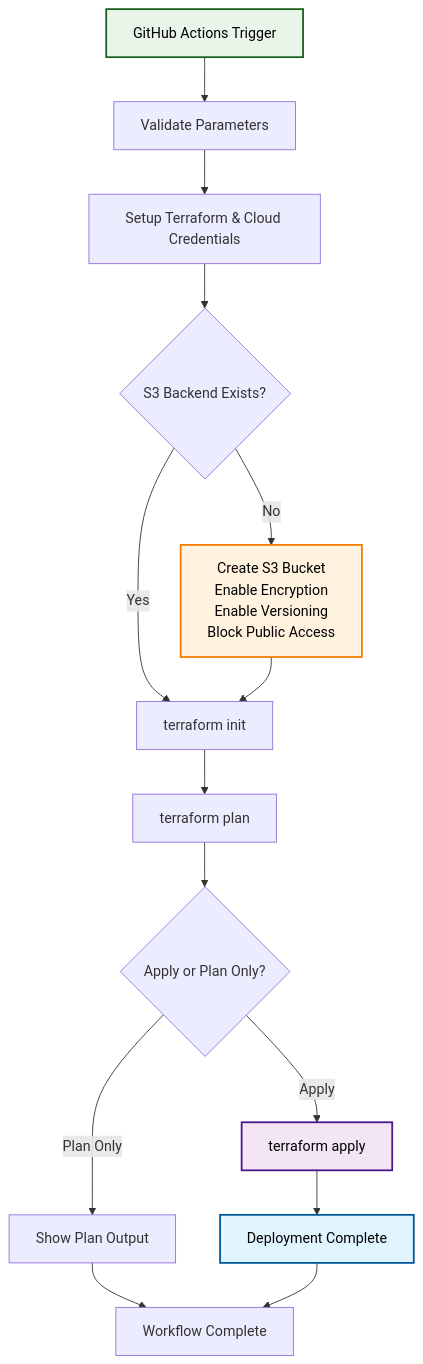
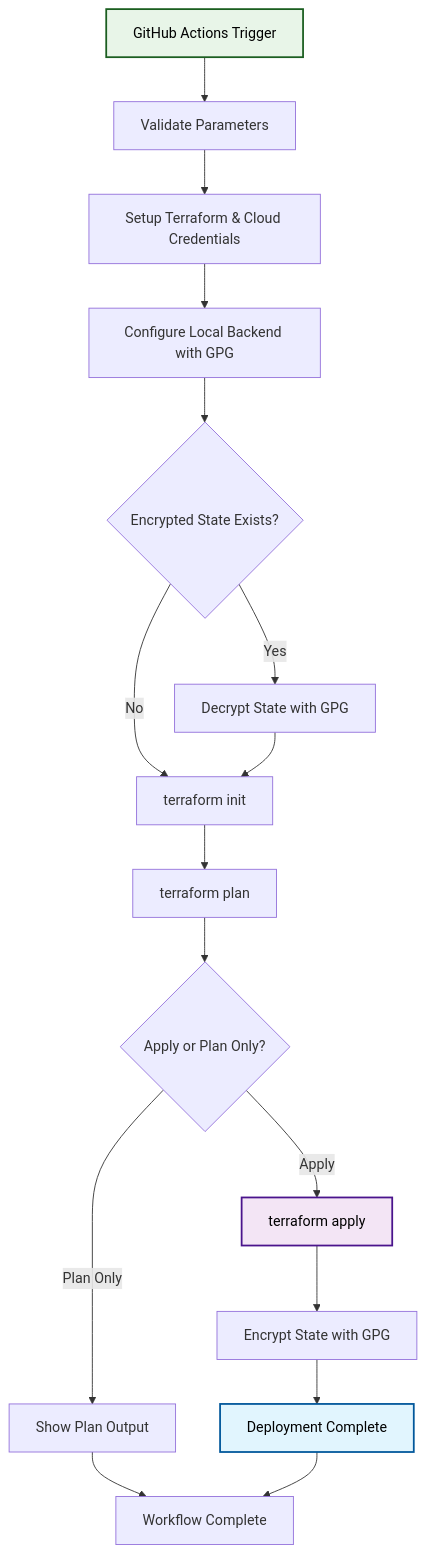
The second of 4 diagrams in .github/workflows/README.md (mosip/infra), drawn with Mermaid before and after one commit. The commit also changed other lines of this file and 18 other files, not shown here.

````diff
--- a/.github/workflows/README.md
+++ b/.github/workflows/README.md
@@ -88,25 +137,26 @@
 ```mermaid
 graph TD
     START[GitHub Actions Trigger] --> VALIDATE[Validate Parameters]
     VALIDATE --> SETUP[Setup Terraform & Cloud Credentials]
-    SETUP --> S3CHECK{S3 Backend Exists?}
+    SETUP --> BACKEND[Configure Local Backend with GPG]
     
-    S3CHECK -->|No| CREATES3[Create S3 Bucket<br/>Enable Encryption<br/>Enable Versioning<br/>Block Public Access]
-    S3CHECK -->|Yes| INIT[terraform init]
-    CREATES3 --> INIT
+    BACKEND --> DECRYPT{Encrypted State Exists?}
+    DECRYPT -->|Yes| DECRYPTSTATE[Decrypt State with GPG]
+    DECRYPT -->|No| INIT[terraform init]
+    DECRYPTSTATE --> INIT
     
     INIT --> PLAN[terraform plan]
     PLAN --> DECISION{Apply or Plan Only?}
     
     DECISION -->|Plan Only| OUTPUT[Show Plan Output]
     DECISION -->|Apply| APPLY[terraform apply]
     
-    APPLY --> SUCCESS[Deployment Complete]
+    APPLY --> ENCRYPT[Encrypt State with GPG]
+    ENCRYPT --> SUCCESS[Deployment Complete]
     OUTPUT --> COMPLETE[Workflow Complete]
     SUCCESS --> COMPLETE
     
     style START fill:#e8f5e8,stroke:#1b5e20,stroke-width:2px,color:#000000
-    style CREATES3 fill:#fff3e0,stroke:#f57c00,stroke-width:2px,color:#000000
     style APPLY fill:#f3e5f5,stroke:#4a148c,stroke-width:2px,color:#000000
     style SUCCESS fill:#e1f5fe,stroke:#01579b,stroke-width:2px,color:#000000
 ```
````
